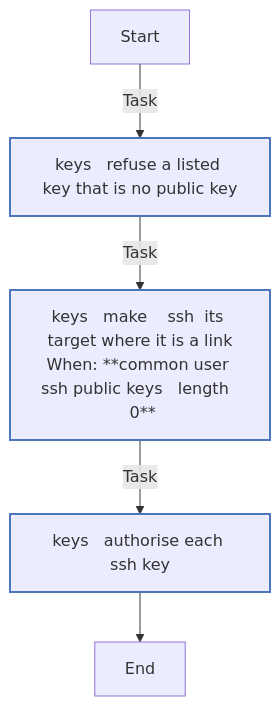
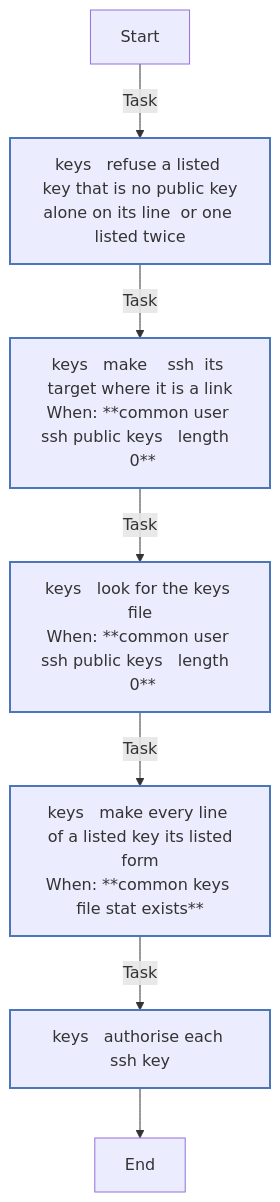
Before and after one commit to kawadeomkar/agent-warehouse: the fifth of 15 diagrams in docs/reference/roles/common.md, drawn with Mermaid. The commit also changed other lines of this file and 4 other files, not shown here.

First line of the commit message:
fix(common): every line of a listed key becomes its listed form, and an item of two lines is refused

````diff
--- a/docs/reference/roles/common.md
+++ b/docs/reference/roles/common.md
@@ -219,17 +221,19 @@
 ```mermaid
 flowchart TD
 Start
 classDef block stroke:#3498db,stroke-width:2px;
 classDef task stroke:#4b76bb,stroke-width:2px;
 classDef includeTasks stroke:#16a085,stroke-width:2px;
 classDef importTasks stroke:#34495e,stroke-width:2px;
 classDef includeRole stroke:#2980b9,stroke-width:2px;
 classDef importRole stroke:#699ba7,stroke-width:2px;
 classDef includeVars stroke:#8e44ad,stroke-width:2px;
 classDef rescue stroke:#665352,stroke-width:2px;
 
-  Start-->|Task| keys___Refuse_a_listed_key_that_is_no_public_key0[keys   refuse a listed key that is no public key]:::task
-  keys___Refuse_a_listed_key_that_is_no_public_key0-->|Task| keys___Make____ssh__its_target_where_it_is_a_link1[keys   make    ssh  its target where it is a link<br>When: **common user ssh public keys   length   0**]:::task
-  keys___Make____ssh__its_target_where_it_is_a_link1-->|Task| keys___Authorise_each_SSH_key2[keys   authorise each ssh key]:::task
-  keys___Authorise_each_SSH_key2-->End
+  Start-->|Task| keys___Refuse_a_listed_key_that_is_no_public_key_alone_on_its_line__or_one_listed_twice0[keys   refuse a listed key that is no public key<br>alone on its line  or one listed twice]:::task
+  keys___Refuse_a_listed_key_that_is_no_public_key_alone_on_its_line__or_one_listed_twice0-->|Task| keys___Make____ssh__its_target_where_it_is_a_link1[keys   make    ssh  its target where it is a link<br>When: **common user ssh public keys   length   0**]:::task
+  keys___Make____ssh__its_target_where_it_is_a_link1-->|Task| keys___Look_for_the_keys_file2[keys   look for the keys file<br>When: **common user ssh public keys   length   0**]:::task
+  keys___Look_for_the_keys_file2-->|Task| keys___Make_every_line_of_a_listed_key_its_listed_form3[keys   make every line of a listed key its listed<br>form<br>When: **common keys file stat exists**]:::task
+  keys___Make_every_line_of_a_listed_key_its_listed_form3-->|Task| keys___Authorise_each_SSH_key4[keys   authorise each ssh key]:::task
+  keys___Authorise_each_SSH_key4-->End
 ```
````
